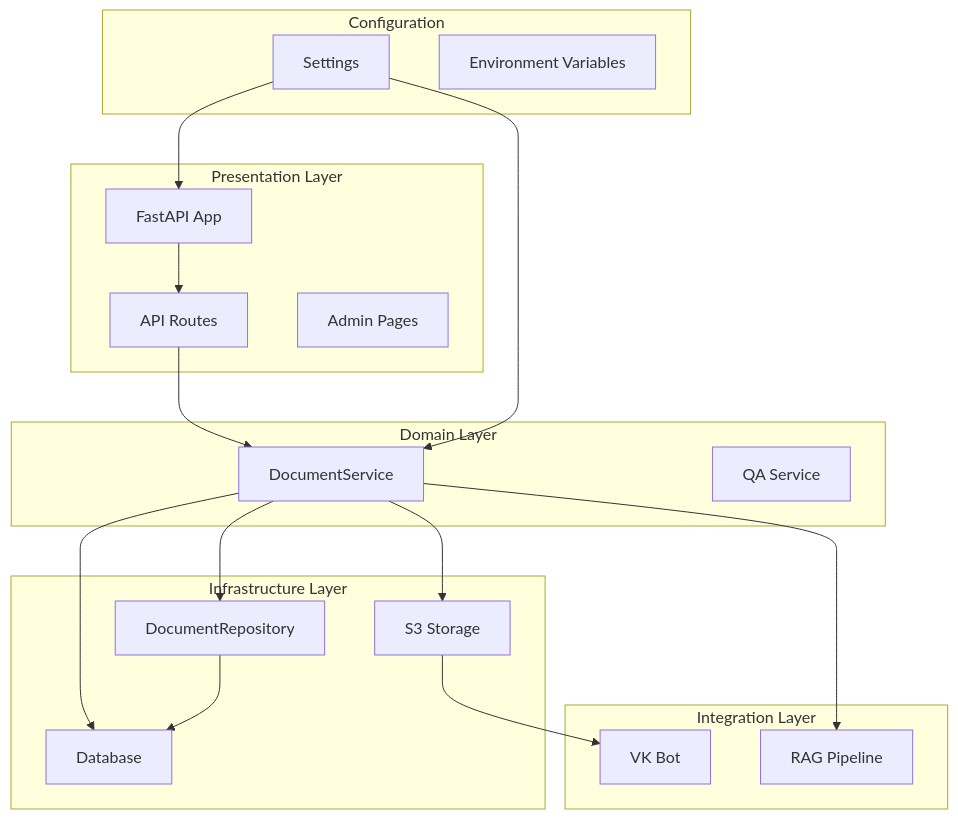
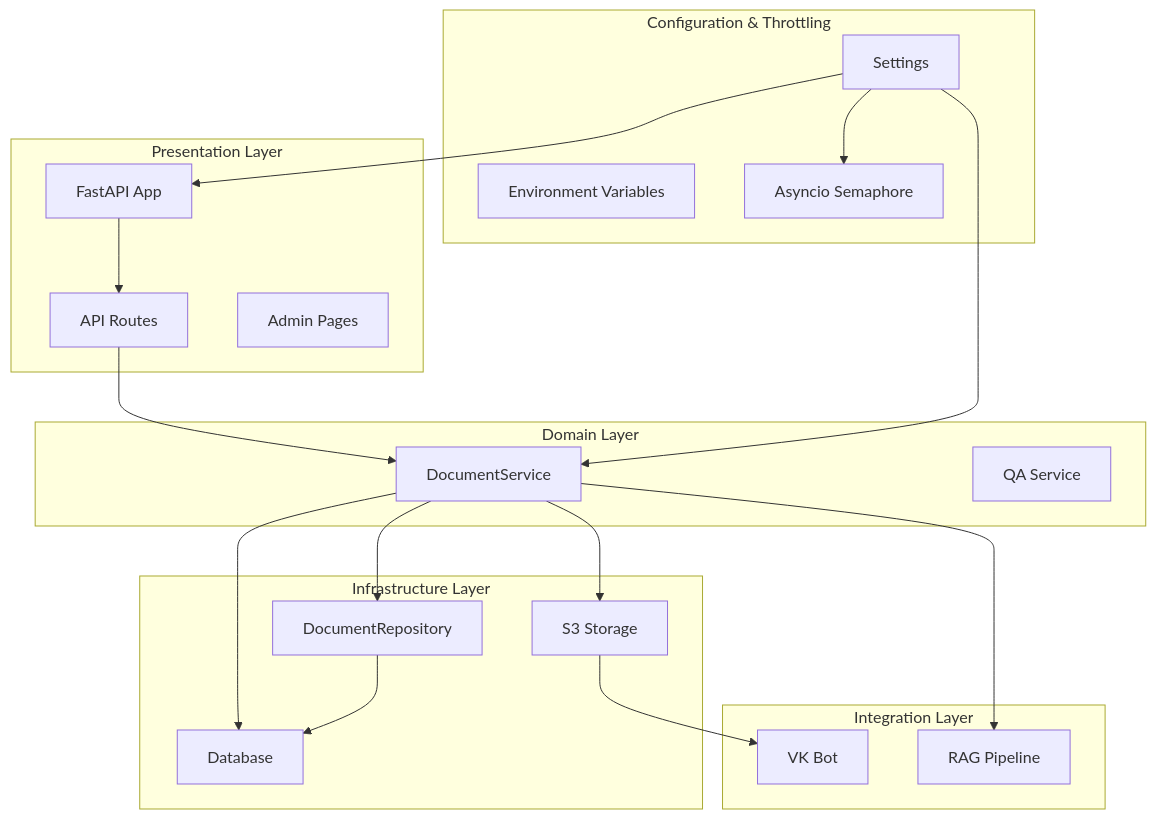
The first of 8 diagrams in .qoder/repowiki/en/content/API Reference/Dependency Injection System.md (ognelis/cafetera_hr_bot), drawn with Mermaid before and after one commit. The commit also changed other lines of this file and 7 other files, not shown here.

````diff
--- a/.qoder/repowiki/en/content/API Reference/Dependency Injection System.md
+++ b/.qoder/repowiki/en/content/API Reference/Dependency Injection System.md
@@ -44,35 +53,37 @@
 ```mermaid
 graph TB
 subgraph "Presentation Layer"
 A[FastAPI App]
 B[API Routes]
 C[Admin Pages]
 end
 subgraph "Domain Layer"
 D[DocumentService]
 E[QA Service]
 end
 subgraph "Infrastructure Layer"
 F[DocumentRepository]
 G[Database]
 H[S3 Storage]
 end
 subgraph "Integration Layer"
 I[VK Bot]
 J[RAG Pipeline]
 end
-subgraph "Configuration"
+subgraph "Configuration & Throttling"
 K[Settings]
 L[Environment Variables]
+M[Asyncio Semaphore]
 end
 A --> B
 B --> D
 D --> F
 D --> G
 D --> H
 F --> G
 H --> I
 D --> J
 K --> A
 K --> D
+K --> M
 ```
````
